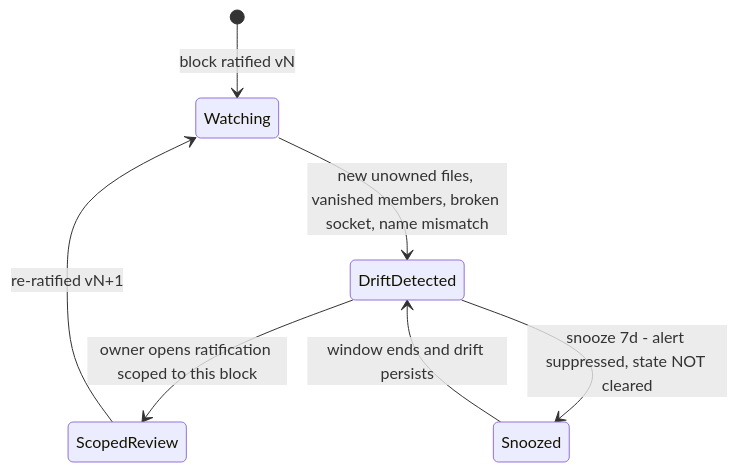
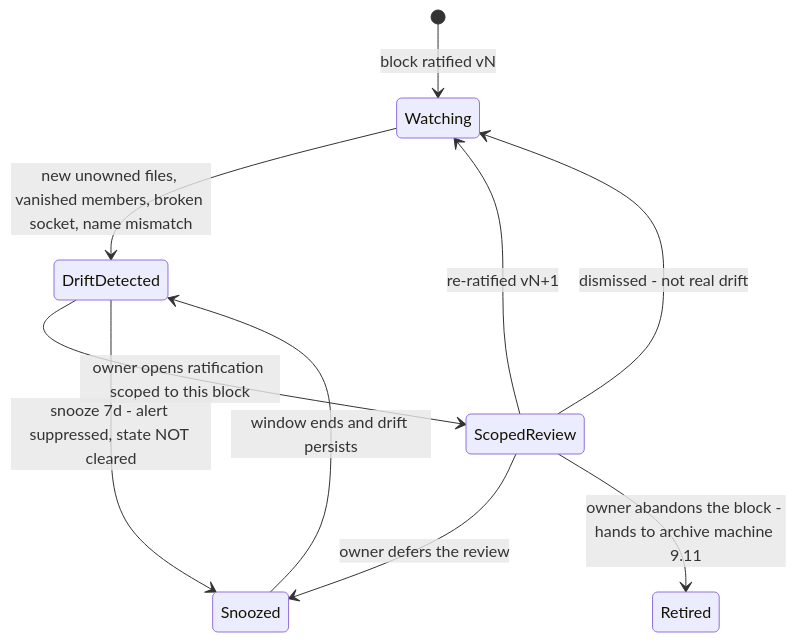
One commit to maxkle1nz/m1nd changed diagram 18 of 20 in docs/HUMAN-VIEW-V2-UML.md. Above: the diagram before and after it, drawn with Mermaid. The commit also changed other lines of this file and 2 other files, not shown here.

````diff
--- a/docs/HUMAN-VIEW-V2-UML.md
+++ b/docs/HUMAN-VIEW-V2-UML.md
@@ -399,9 +406,12 @@
 ```mermaid
 stateDiagram-v2
     [*] --> Watching : block ratified vN
     Watching --> DriftDetected : new unowned files, vanished members, broken socket, name mismatch
     DriftDetected --> ScopedReview : owner opens ratification scoped to this block
     DriftDetected --> Snoozed : snooze 7d - alert suppressed, state NOT cleared
     Snoozed --> DriftDetected : window ends and drift persists
     ScopedReview --> Watching : re-ratified vN+1
+    ScopedReview --> Watching : dismissed - not real drift
+    ScopedReview --> Snoozed : owner defers the review
+    ScopedReview --> Retired : owner abandons the block - hands to archive machine 9.11
 ```
````
